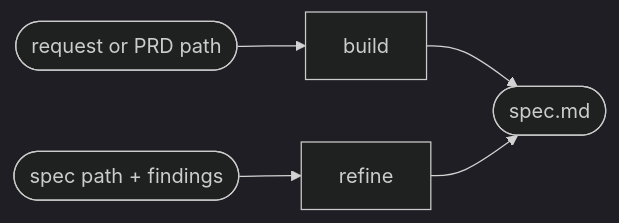
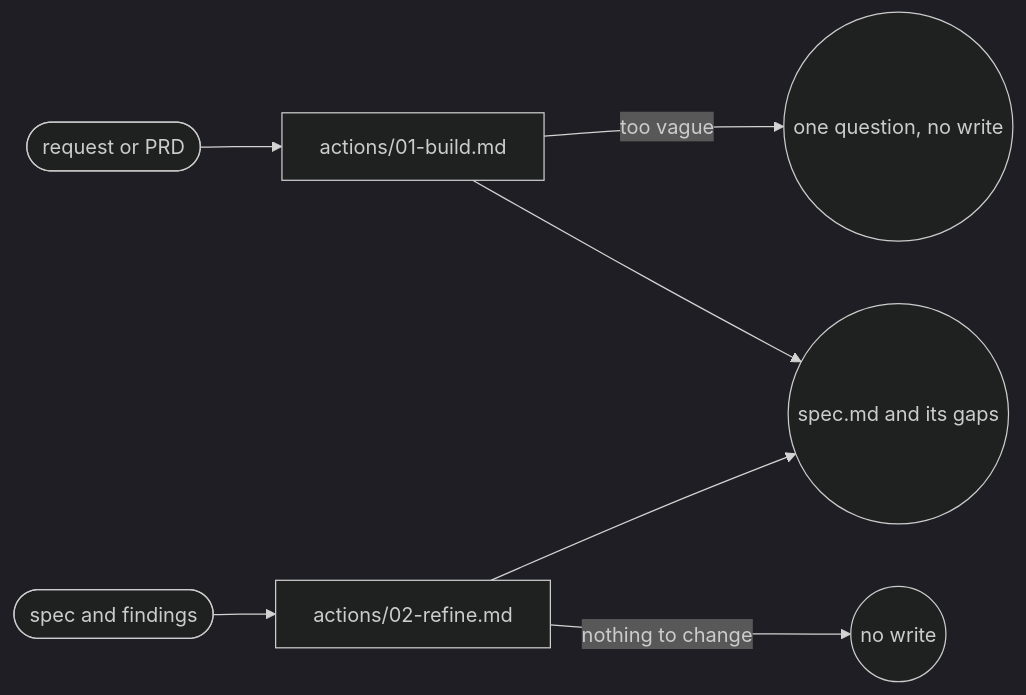
Before and after one commit to ai-driven-dev/framework: the diagram in plugins/aidd-pm/skills/04-spec/SKILL.md, drawn with Mermaid (dark theme). The commit also changed other lines of this file and 14 other files, not shown here.

````diff
--- a/plugins/aidd-pm/skills/04-spec/SKILL.md
+++ b/plugins/aidd-pm/skills/04-spec/SKILL.md
@@ -9,5 +9,9 @@
 ```mermaid
 flowchart LR
-  request([request or PRD path]) --> build --> done([spec.md])
-  target([spec path + findings]) --> refine --> done
+  source([request or PRD]) --> build["actions/01-build.md"]
+  build -->|"too vague"| asked((one question, no write))
+  build --> spec((spec.md and its gaps))
+  findings([spec and findings]) --> refine["actions/02-refine.md"]
+  refine --> spec
+  refine -->|"nothing to change"| unchanged((no write))
 ```
````
